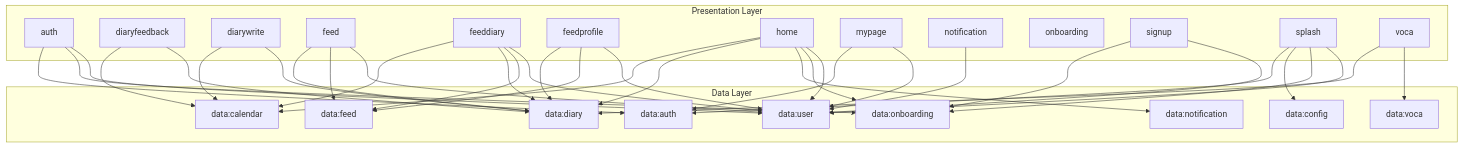
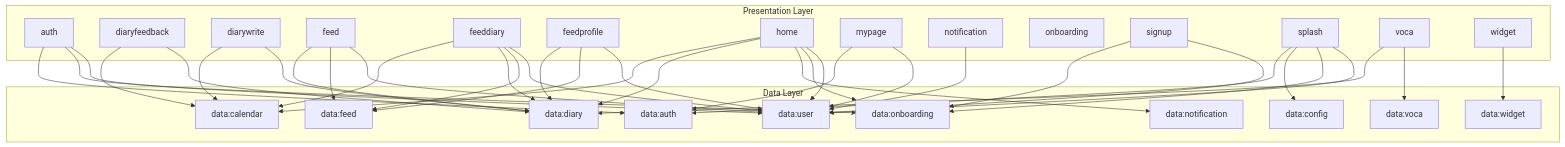
The second of 4 diagrams in README.md (Hi-lingual/Hilingual-Android), drawn with Mermaid before and after one commit. The commit also changed other lines of this file, not shown here.

````diff
--- a/README.md
+++ b/README.md
@@ -60,64 +67,67 @@
 ```mermaid
 graph TD
     subgraph Presentation Layer
         auth["auth"]
         diaryfeedback["diaryfeedback"]
         diarywrite["diarywrite"]
         feed["feed"]
         feeddiary["feeddiary"]
         feedprofile["feedprofile"]
         home["home"]
         mypage["mypage"]
         notification["notification"]
         onboarding["onboarding"]
         signup["signup"]
         splash["splash"]
         voca["voca"]
+        widget["widget"]
     end
 
     subgraph Data Layer
         data_auth["data:auth"]
         data_calendar["data:calendar"]
         data_config["data:config"]
         data_diary["data:diary"]
         data_feed["data:feed"]
         data_notification["data:notification"]
         data_onboarding["data:onboarding"]
         data_user["data:user"]
         data_voca["data:voca"]
+        data_widget["data:widget"]
     end
 
     auth --> data_auth
     auth --> data_onboarding
     auth --> data_user
     diaryfeedback --> data_calendar
     diaryfeedback --> data_diary
     diarywrite --> data_calendar
     diarywrite --> data_diary
     feed --> data_diary
     feed --> data_feed
     feed --> data_user
     feeddiary --> data_calendar
     feeddiary --> data_diary
     feeddiary --> data_feed
     feeddiary --> data_user
     feedprofile --> data_diary
     feedprofile --> data_feed
     feedprofile --> data_user
     home --> data_calendar
     home --> data_diary
     home --> data_notification
     home --> data_onboarding
     home --> data_user
     mypage --> data_auth
     mypage --> data_user
     notification --> data_user
     signup --> data_onboarding
     signup --> data_user
     splash --> data_auth
     splash --> data_config
     splash --> data_onboarding
     splash --> data_user
     voca --> data_diary
     voca --> data_voca
+    widget --> data_widget
 ```
````
